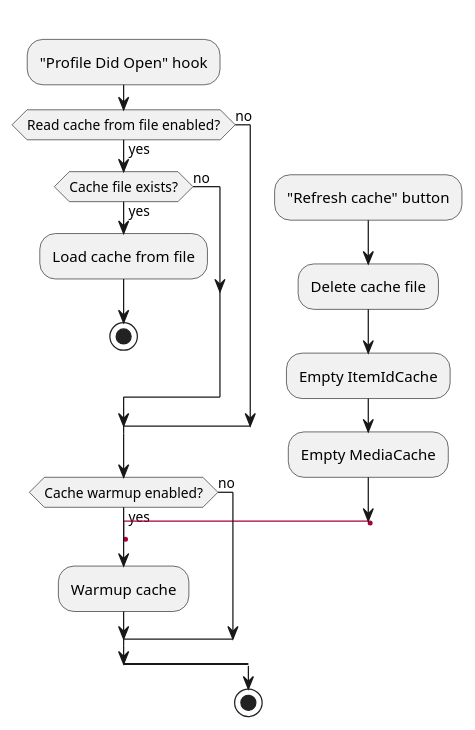
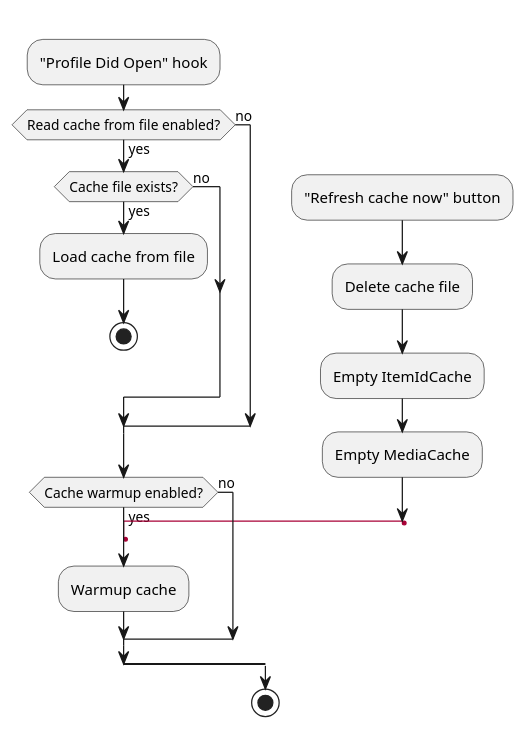
The diagram in docs-template/uml/cache-initialization-activity.puml (Aleks-Ya/note-size-anki-addon), drawn with PlantUML before and after one commit. The commit also changed 1 other file, not shown here.

Commit message:
Rename button "Refresh cache" to "Refresh cache now"

```diff
--- a/docs-template/uml/cache-initialization-activity.puml
+++ b/docs-template/uml/cache-initialization-activity.puml
@@ -1,32 +1,32 @@
 @startuml
 'https://plantuml.com/activity-diagram-beta
 
 skinparam ConditionEndStyle hline
 
 split
     -[hidden]->
     :"Profile Did Open" hook;
     if (Read cache from file enabled?) then (yes)
         if (Cache file exists?) then (yes)
             :Load cache from file;
             stop
         else (no)
         endif
     else (no)
     endif
     if (Cache warmup enabled?) then (yes)
         label w1
         :Warmup cache;
     else (no)
     endif
 split again
     -[hidden]->
-    :"Refresh cache" button;
+    :"Refresh cache now" button;
     :Delete cache file;
     :Empty ItemIdCache;
     :Empty MediaCache;
     goto w1
 end split
 stop
 
 @enduml
```
